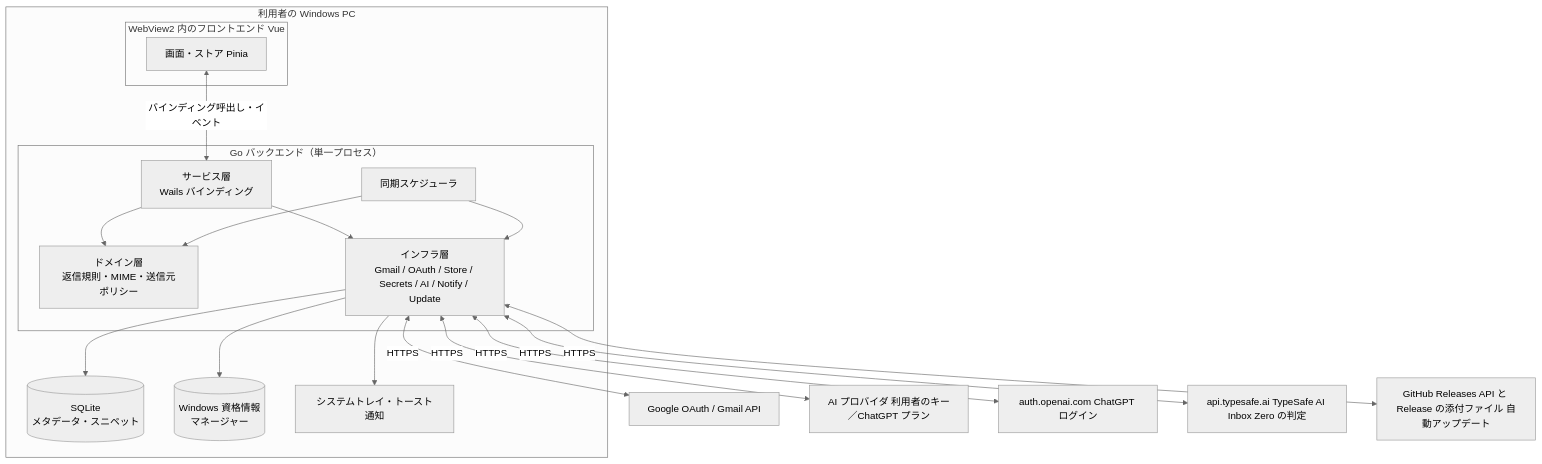
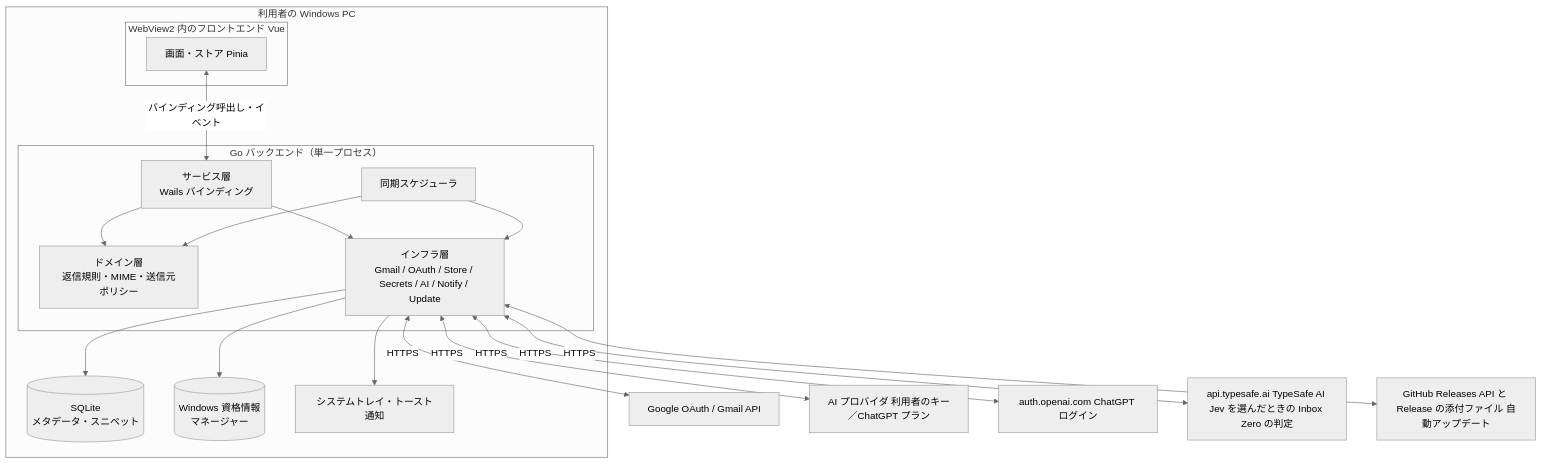
The first of 10 diagrams in docs/architecture/overview.md (ousiassllc/hitomado), drawn with Mermaid (neutral theme) before and after one commit. The commit also changed other lines of this file and 11 other files, not shown here.

First line of the commit message:
docs: Inbox Zero の返信済み判定・カレンダー・使う AI の選択に合わせて仕様書を更新する

````diff
--- a/docs/architecture/overview.md
+++ b/docs/architecture/overview.md
@@ -41,30 +41,30 @@
 ```mermaid
 graph TD
   subgraph PC[利用者の Windows PC]
     subgraph FE[WebView2 内のフロントエンド Vue]
       V[画面・ストア Pinia]
     end
     subgraph BE[Go バックエンド（単一プロセス）]
       SV[サービス層<br/>Wails バインディング]
       DM[ドメイン層<br/>返信規則・MIME・送信元ポリシー]
       SY[同期スケジューラ]
       INF[インフラ層<br/>Gmail / OAuth / Store / Secrets / AI / Notify / Update]
     end
     DB[(SQLite<br/>メタデータ・スニペット)]
     KS[(Windows 資格情報<br/>マネージャー)]
     TR[システムトレイ・トースト通知]
   end
   V <-->|バインディング呼出し・イベント| SV
   SV --> DM
   SV --> INF
   SY --> INF
   SY --> DM
   INF --> DB
   INF --> KS
   INF --> TR
   INF <-->|HTTPS| GG[Google OAuth / Gmail API]
   INF <-->|HTTPS| AI[AI プロバイダ 利用者のキー／ChatGPT プラン]
   INF <-->|HTTPS| OA[auth.openai.com ChatGPT ログイン]
-  INF <-->|HTTPS| TS[api.typesafe.ai TypeSafe AI Inbox Zero の判定]
+  INF <-->|HTTPS| TS[api.typesafe.ai TypeSafe AI Jev を選んだときの Inbox Zero の判定]
   INF <-->|HTTPS| GH[GitHub Releases API と Release の添付ファイル 自動アップデート]
 ```
````
